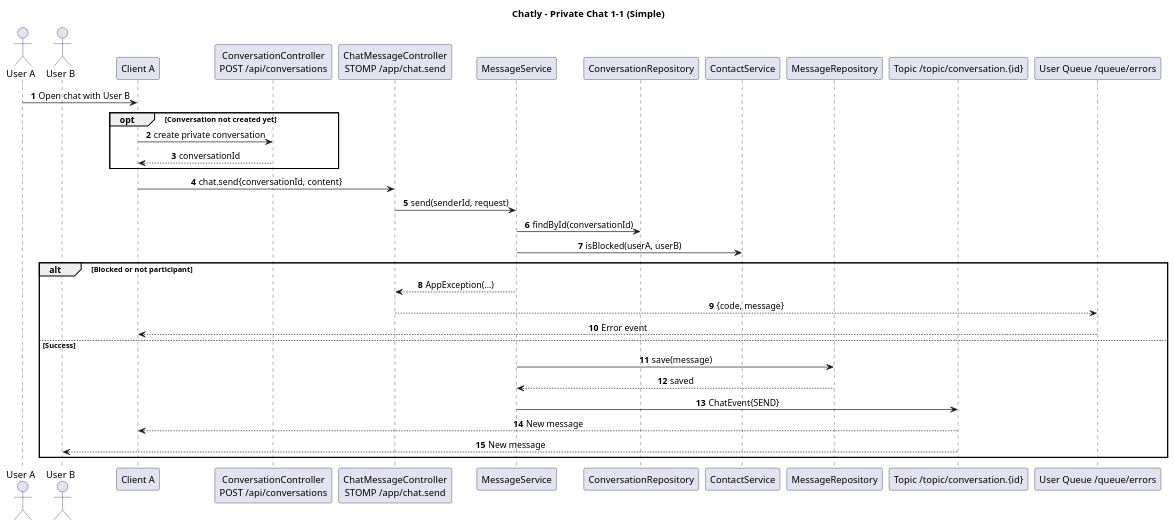
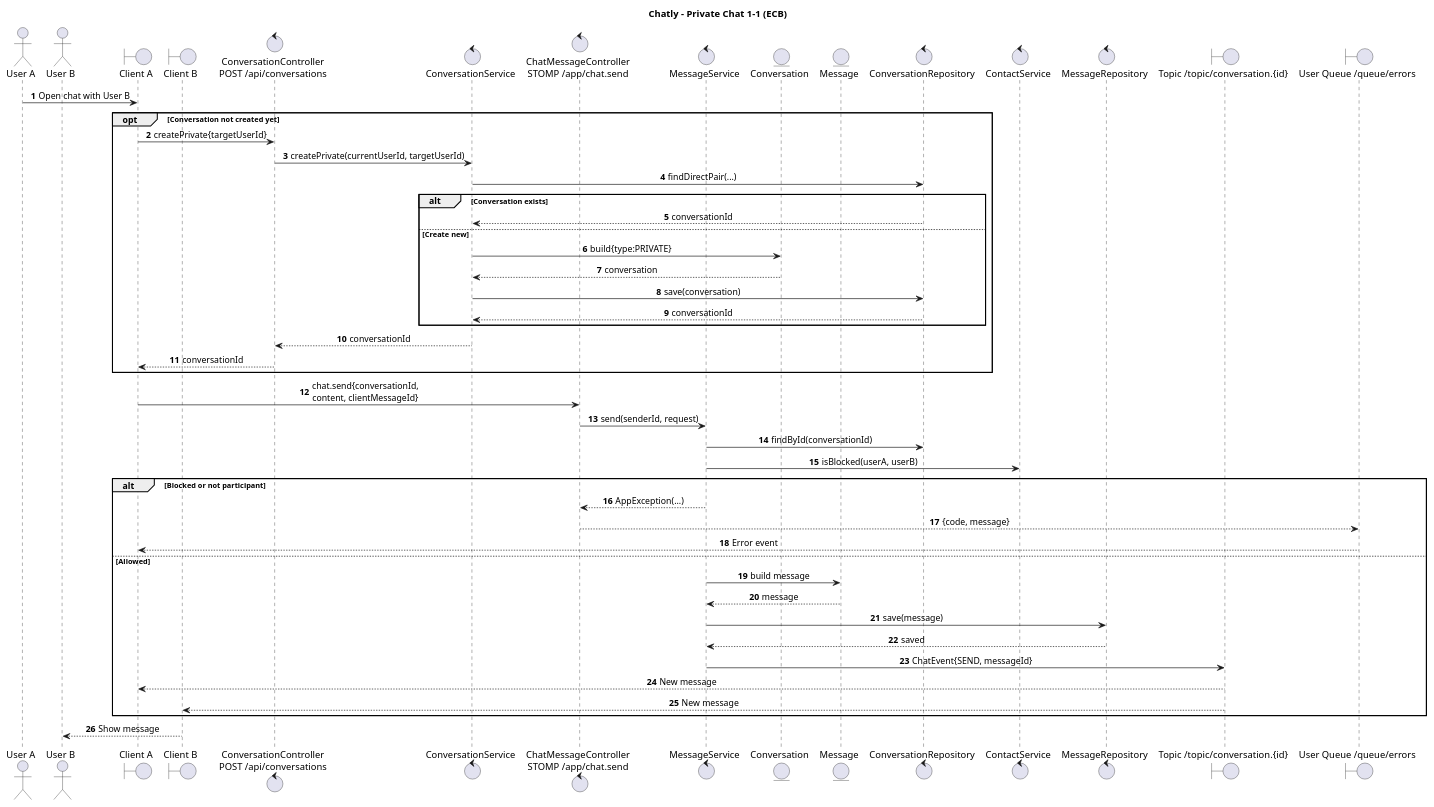
Before and after one commit to giasinguyen/chatly-messaging-platform: the diagram in _resources/diagram/Chatly_Sequence_Private_Chat.puml, drawn with PlantUML. The commit also changed 13 other files, not shown here.

First line of the commit message:
Refactor sequence diagrams and update story privacy handling

```diff
--- a/_resources/diagram/Chatly_Sequence_Private_Chat.puml
+++ b/_resources/diagram/Chatly_Sequence_Private_Chat.puml
@@ -1,43 +1,62 @@
 @startuml Chatly_Sequence_Private_Chat
-title Chatly - Private Chat 1-1 (Simple)
+title Chatly - Private Chat 1-1 (ECB)
 
 autonumber
 skinparam sequenceMessageAlign center
 skinparam responseMessageBelowArrow true
 
 actor "User A" as UserA
 actor "User B" as UserB
-participant "Client A" as ClientA
-participant "ConversationController\nPOST /api/conversations" as ConversationController
-participant "ChatMessageController\nSTOMP /app/chat.send" as ChatWsController
-participant "MessageService" as MessageService
-participant "ConversationRepository" as ConversationRepo
-participant "ContactService" as ContactService
-participant "MessageRepository" as MessageRepo
-participant "Topic /topic/conversation.{id}" as TopicConversation
-participant "User Queue /queue/errors" as QueueErrors
+boundary "Client A" as ClientA
+boundary "Client B" as ClientB
+control "ConversationController\nPOST /api/conversations" as ConversationController
+control "ConversationService" as ConversationService
+control "ChatMessageController\nSTOMP /app/chat.send" as ChatWsController
+control "MessageService" as MessageService
+entity "Conversation" as ConversationEntity
+entity "Message" as MessageEntity
+control "ConversationRepository" as ConversationRepo
+control "ContactService" as ContactService
+control "MessageRepository" as MessageRepo
+boundary "Topic /topic/conversation.{id}" as TopicConversation
+boundary "User Queue /queue/errors" as QueueErrors
 
 UserA -> ClientA: Open chat with User B
 opt Conversation not created yet
-  ClientA -> ConversationController: create private conversation
+  ClientA -> ConversationController: createPrivate{targetUserId}
+  ConversationController -> ConversationService: createPrivate(currentUserId, targetUserId)
+  ConversationService -> ConversationRepo: findDirectPair(...)
+  alt Conversation exists
+    ConversationRepo --> ConversationService: conversationId
+  else Create new
+    ConversationService -> ConversationEntity: build{type:PRIVATE}
+    ConversationEntity --> ConversationService: conversation
+    ConversationService -> ConversationRepo: save(conversation)
+    ConversationRepo --> ConversationService: conversationId
+  end
+  ConversationService --> ConversationController: conversationId
   ConversationController --> ClientA: conversationId
 end
 
-ClientA -> ChatWsController: chat.send{conversationId, content}
+ClientA -> ChatWsController: chat.send{conversationId,\ncontent, clientMessageId}
 ChatWsController -> MessageService: send(senderId, request)
 MessageService -> ConversationRepo: findById(conversationId)
 MessageService -> ContactService: isBlocked(userA, userB)
 
 alt Blocked or not participant
   MessageService --> ChatWsController: AppException(...)
   ChatWsController --> QueueErrors: {code, message}
   QueueErrors --> ClientA: Error event
-else Success
+else Allowed
+  MessageService -> MessageEntity: build message
+  MessageEntity --> MessageService: message
   MessageService -> MessageRepo: save(message)
   MessageRepo --> MessageService: saved
-  MessageService -> TopicConversation: ChatEvent{SEND}
+  MessageService -> TopicConversation: ChatEvent{SEND, messageId}
   TopicConversation --> ClientA: New message
-  TopicConversation --> UserB: New message
+  TopicConversation --> ClientB: New message
 end
 
+ClientB --> UserB: Show message
+
 @enduml
```
